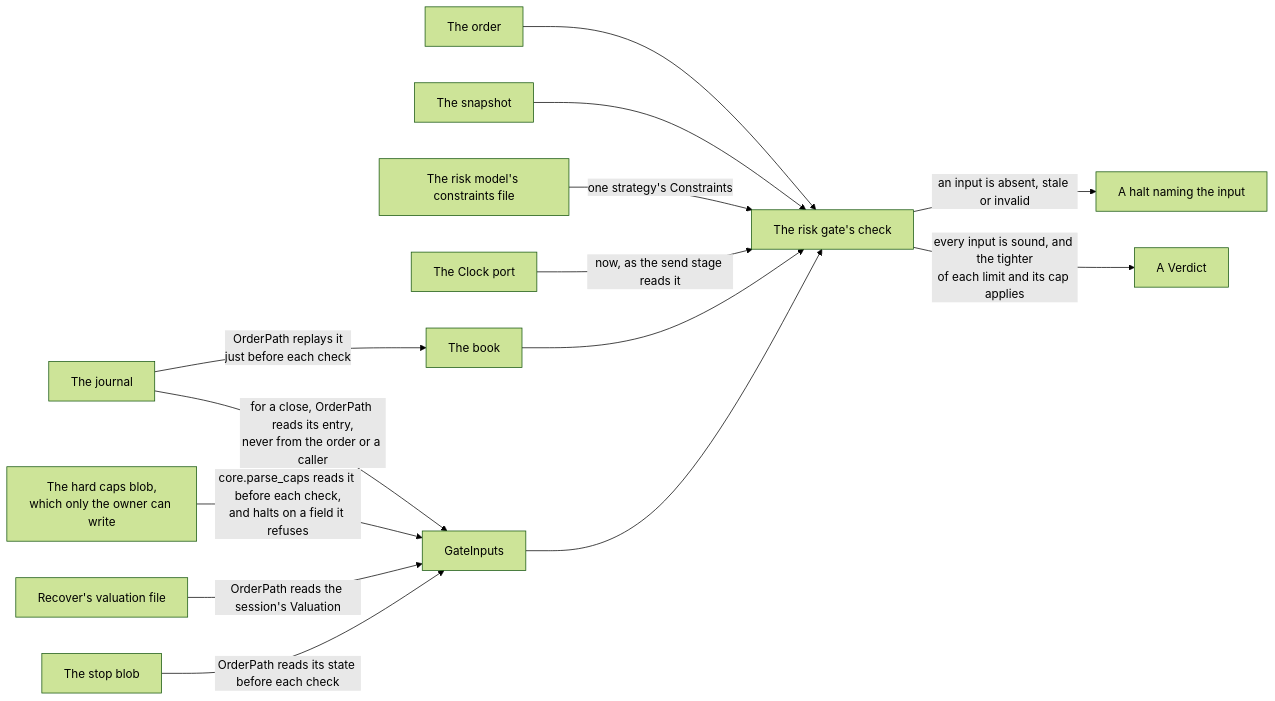
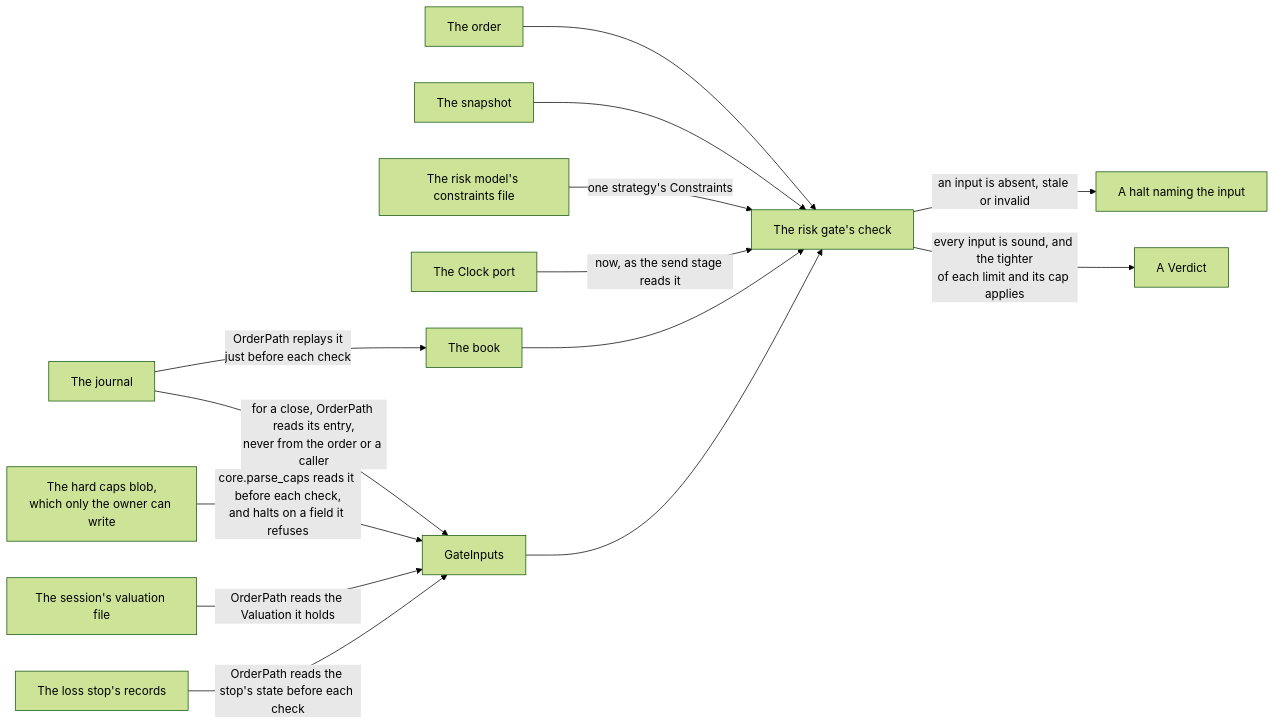
The sixth of 7 diagrams in docs/architecture/05-building-blocks.md (l3a0/ithildin-runtime), drawn with Mermaid (forest theme) before and after one commit. The commit also changed other lines of this file and 21 other files, not shown here.

````diff
--- a/docs/architecture/05-building-blocks.md
+++ b/docs/architecture/05-building-blocks.md
@@ -1031,29 +1031,29 @@
 ```mermaid
 flowchart LR
     order["The order"]
     snapshot["The snapshot"]
     file["The risk model's constraints file"]
     now["The Clock port"]
     journal["The journal"]
     book["The book"]
     inputs["GateInputs"]
     caps["The hard caps blob,<br/>which only the owner can write"]
-    v["Recover's valuation file"]
-    stop["The stop blob"]
+    v["The session's valuation file"]
+    stop["The loss stop's records"]
     gate["The risk gate's check"]
     verdict["A Verdict"]
     halt["A halt naming the input"]
     order --> gate
     snapshot --> gate
     file -->|"one strategy's Constraints"| gate
     now -->|"now, as the send stage reads it"| gate
     book --> gate
     inputs --> gate
     journal -->|"OrderPath replays it<br/>just before each check"| book
     journal -->|"for a close, OrderPath reads its entry,<br/>never from the order or a caller"| inputs
     caps -->|"core.parse_caps reads it before each check,<br/>and halts on a field it refuses"| inputs
-    v -->|"OrderPath reads the session's Valuation"| inputs
-    stop -->|"OrderPath reads its state before each check"| inputs
+    v -->|"OrderPath reads the Valuation it holds"| inputs
+    stop -->|"OrderPath reads the stop's state before each check"| inputs
     gate -->|"an input is absent, stale or invalid"| halt
     gate -->|"every input is sound, and the tighter<br/>of each limit and its cap applies"| verdict
 ```
````
